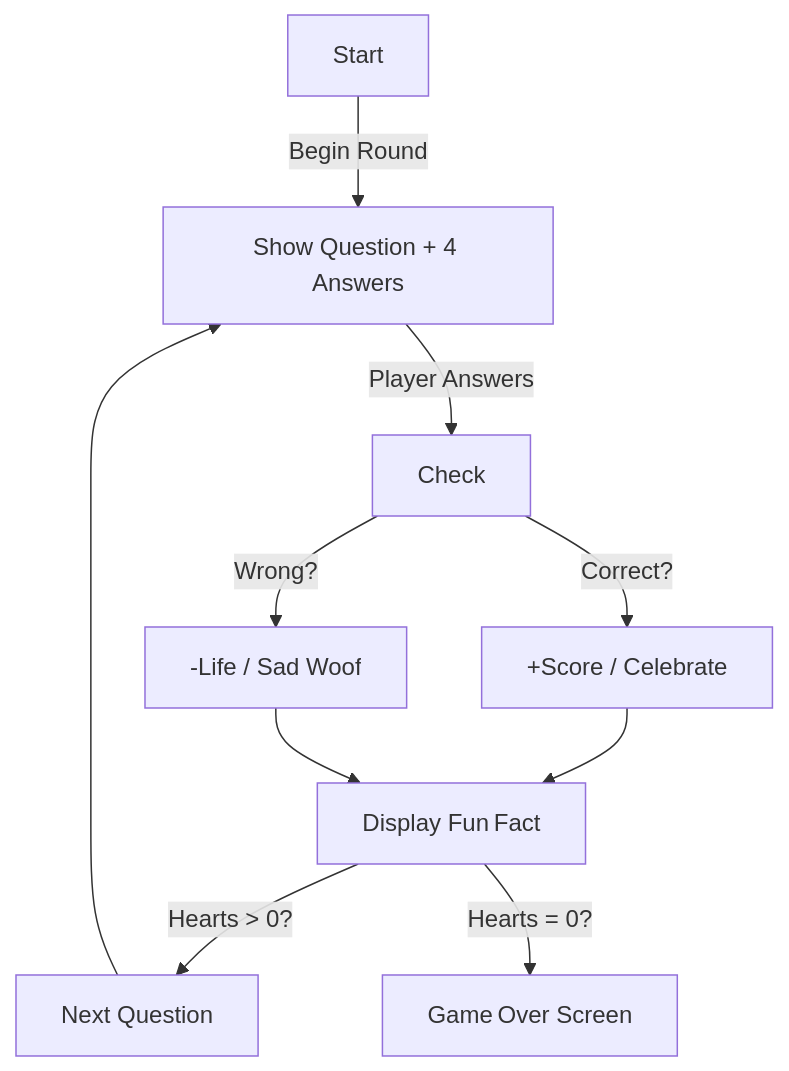
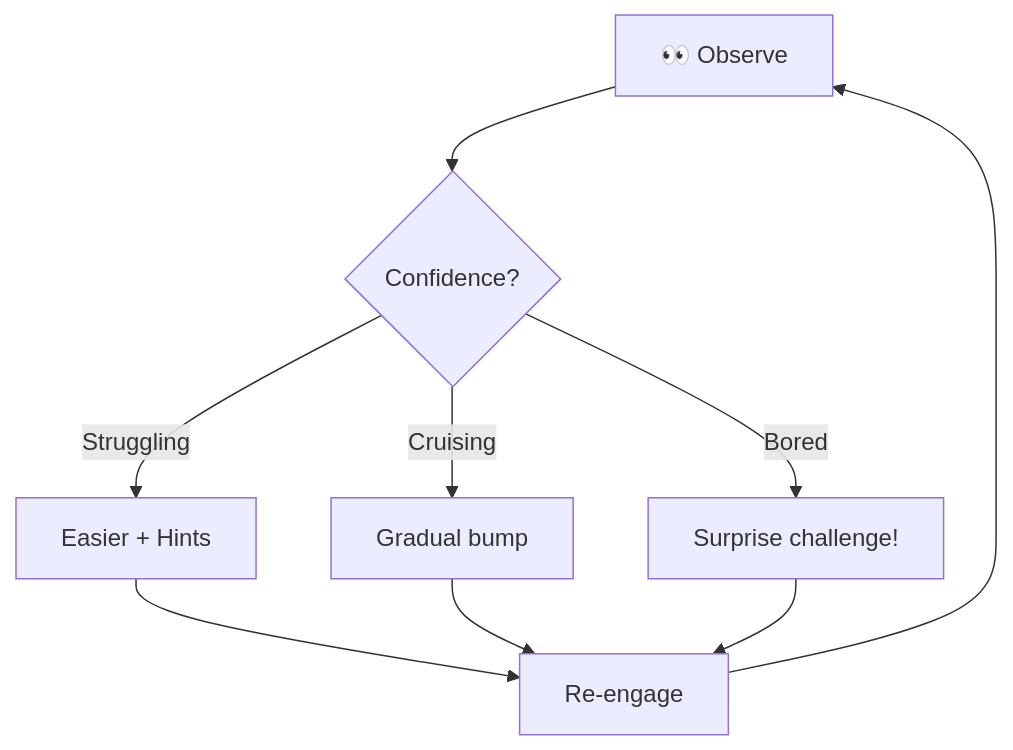
The second of 3 diagrams in dog_trivia_game_design.md (BigSlikTobi/Dogdog), drawn with Mermaid before and after one commit. The commit also changed other lines of this file and 34 other files, not shown here.

````diff
--- a/dog_trivia_game_design.md
+++ b/dog_trivia_game_design.md
@@ -18,12 +186,11 @@
 ```mermaid
 flowchart TD
-    Start -->|Begin Round| Q1[Show Question + 4 Answers]
-    Q1 -->|Player Answers| Check
-    Check -->|Correct?| Correct[+Score / Celebrate]
-    Check -->|Wrong?| Wrong[-Life / Sad Woof]
-    Correct --> Fact[Display Fun Fact]
-    Wrong --> Fact
-    Fact -->|Hearts > 0?| Next[Next Question]
-    Next --> Q1
-    Fact -->|Hearts = 0?| End[Game Over Screen]
+    Observe[👀 Observe] --> Check{Confidence?}
+    Check -->|Struggling| Easier[Easier + Hints]
+    Check -->|Cruising| Challenge[Gradual bump]
+    Check -->|Bored| Surprise[Surprise challenge!]
+    Easier --> Engage[Re-engage]
+    Challenge --> Engage
+    Surprise --> Engage
+    Engage --> Observe
 ```
````
